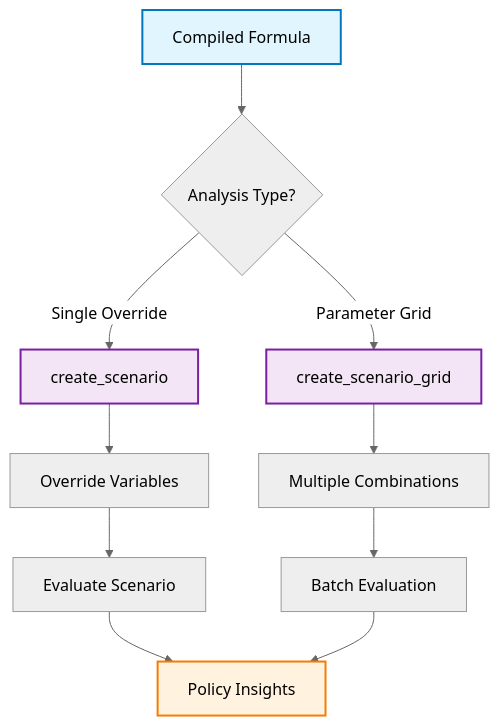
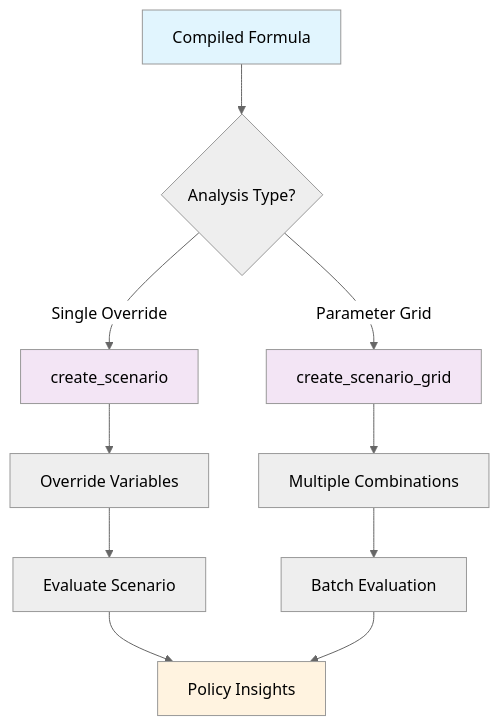
The second of 2 diagrams in docs/diagrams/README.md (emfeltham/FormulaCompiler.jl), drawn with Mermaid (neutral theme) before and after one commit. The commit also changed other lines of this file, not shown here.

Commit message:
diagrams

````diff
--- a/docs/diagrams/README.md
+++ b/docs/diagrams/README.md
@@ -62,20 +62,20 @@
 ```mermaid
 flowchart TD
-    A[Compiled Formula] --> B{Analysis Type?}
-    B -->|Single Override| C[create_scenario]
-    B -->|Parameter Grid| D[create_scenario_grid]
+    A["Compiled Formula"] --> B{Analysis Type?}
+    B -->|Single Override| C["create_scenario"]
+    B -->|Parameter Grid| D["create_scenario_grid"]
     
-    C --> E[Override Variables]
-    D --> F[Multiple Combinations]
+    C --> E["Override Variables"]
+    D --> F["Multiple Combinations"]
     
-    E --> G[Evaluate Scenario]
-    F --> H[Batch Evaluation]
+    E --> G["Evaluate Scenario"]
+    F --> H["Batch Evaluation"]
     
-    G --> I[Policy Insights]
+    G --> I["Policy Insights"]
     H --> I
     
-    style A fill:#e1f5fe,stroke:#0277bd,stroke-width:2px
-    style C fill:#f3e5f5,stroke:#7b1fa2,stroke-width:2px
-    style D fill:#f3e5f5,stroke:#7b1fa2,stroke-width:2px
-    style I fill:#fff3e0,stroke:#f57c00,stroke-width:2px
+    style A fill:#e1f5fe
+    style C fill:#f3e5f5
+    style D fill:#f3e5f5
+    style I fill:#fff3e0
 ```
````
